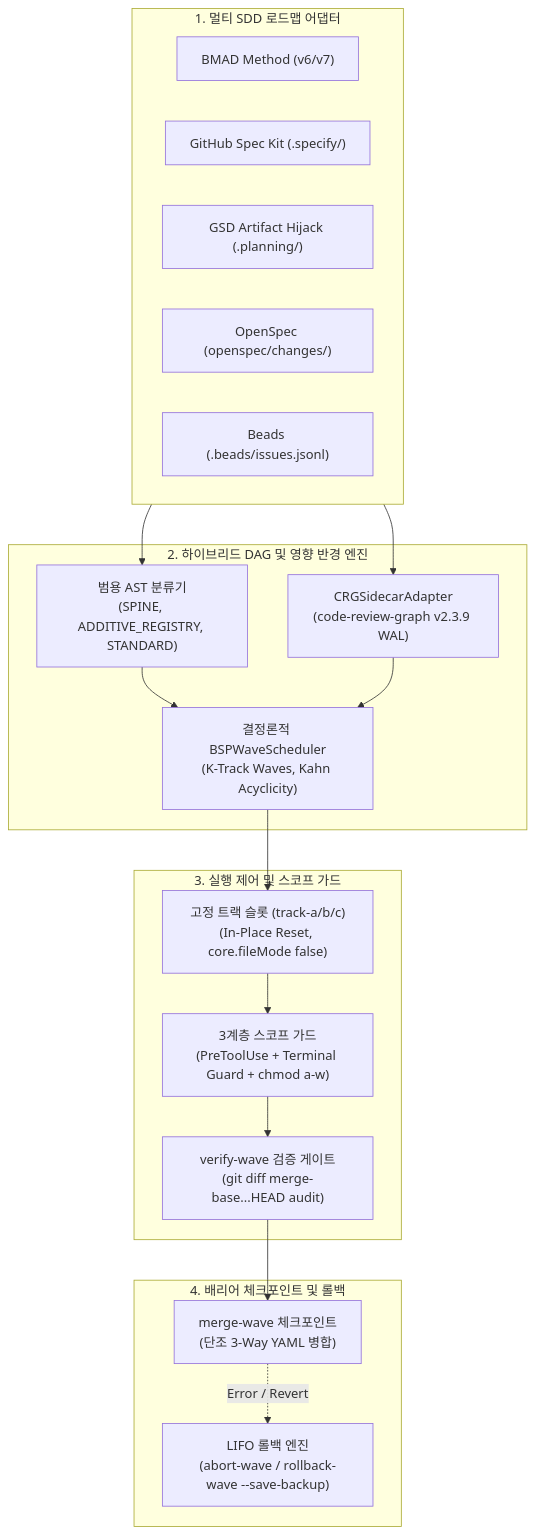
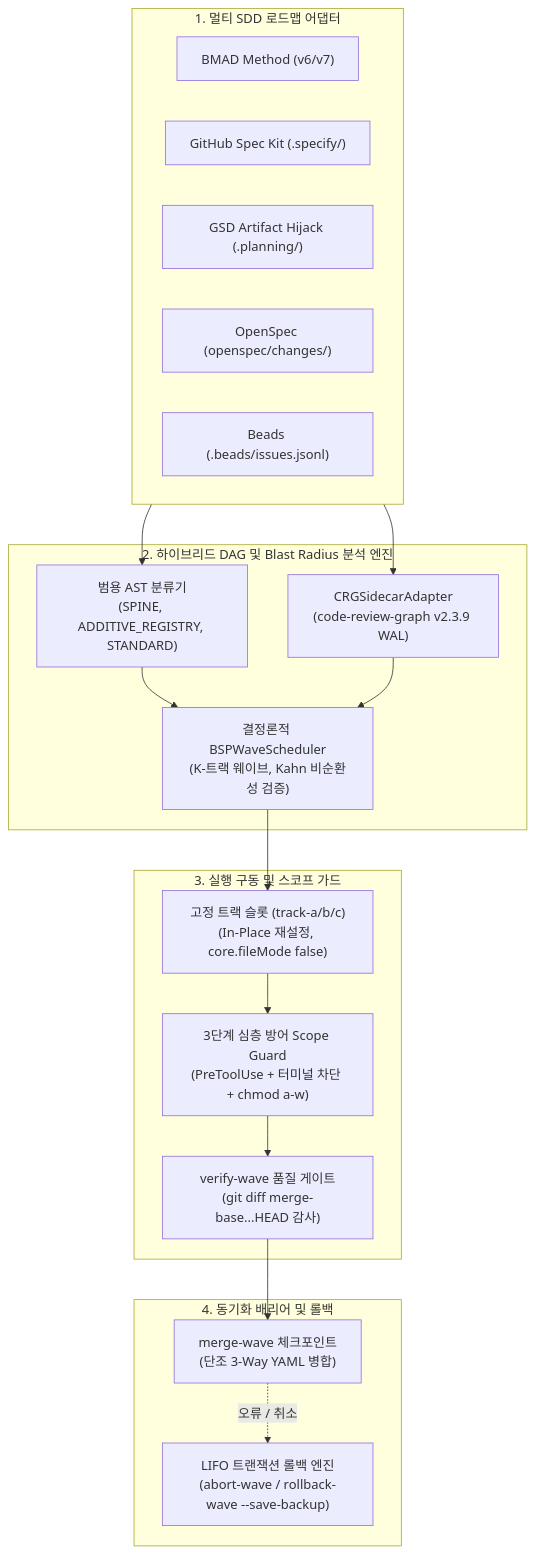
One commit to stopActingSoSmall/sdd-parallel changed the second of 2 diagrams in docs/i18n/ko/README.md. Above: the diagram before and after it, drawn with Mermaid. The commit also changed other lines of this file and 5 other files, not shown here.

````diff
--- a/docs/i18n/ko/README.md
+++ b/docs/i18n/ko/README.md
@@ -157,34 +248,34 @@
 ```mermaid
 flowchart TD
     subgraph Inputs["1. 멀티 SDD 로드맵 어댑터"]
         BMAD["BMAD Method (v6/v7)"]
         SpecKit["GitHub Spec Kit (.specify/)"]
         GSD["GSD Artifact Hijack (.planning/)"]
         OpenSpec["OpenSpec (openspec/changes/)"]
         Beads["Beads (.beads/issues.jsonl)"]
     end
 
-    subgraph Engine["2. 하이브리드 DAG 및 영향 반경 엔진"]
+    subgraph Engine["2. 하이브리드 DAG 및 Blast Radius 분석 엔진"]
         AST["범용 AST 분류기\n(SPINE, ADDITIVE_REGISTRY, STANDARD)"]
         CRG["CRGSidecarAdapter\n(code-review-graph v2.3.9 WAL)"]
-        BSP["결정론적 BSPWaveScheduler\n(K-Track Waves, Kahn Acyclicity)"]
+        BSP["결정론적 BSPWaveScheduler\n(K-트랙 웨이브, Kahn 비순환성 검증)"]
     end
 
-    subgraph Actuation["3. 실행 제어 및 스코프 가드"]
-        Slots["고정 트랙 슬롯 (track-a/b/c)\n(In-Place Reset, core.fileMode false)"]
-        Guard["3계층 스코프 가드\n(PreToolUse + Terminal Guard + chmod a-w)"]
-        Verify["verify-wave 검증 게이트\n(git diff merge-base...HEAD audit)"]
+    subgraph Actuation["3. 실행 구동 및 스코프 가드"]
+        Slots["고정 트랙 슬롯 (track-a/b/c)\n(In-Place 재설정, core.fileMode false)"]
+        Guard["3단계 심층 방어 Scope Guard\n(PreToolUse + 터미널 차단 + chmod a-w)"]
+        Verify["verify-wave 품질 게이트\n(git diff merge-base...HEAD 감사)"]
     end
 
-    subgraph Barrier["4. 배리어 체크포인트 및 롤백"]
+    subgraph Barrier["4. 동기화 배리어 및 롤백"]
         Merge["merge-wave 체크포인트\n(단조 3-Way YAML 병합)"]
-        Rollback["LIFO 롤백 엔진\n(abort-wave / rollback-wave --save-backup)"]
+        Rollback["LIFO 트랜잭션 롤백 엔진\n(abort-wave / rollback-wave --save-backup)"]
     end
 
     Inputs --> AST & CRG
     AST & CRG --> BSP
     BSP --> Slots
     Slots --> Guard --> Verify
     Verify --> Merge
-    Merge -. Error / Revert .-> Rollback
+    Merge -. 오류 / 취소 .-> Rollback
 ```
````
